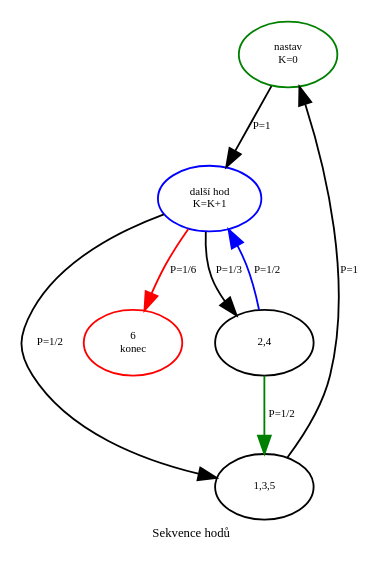
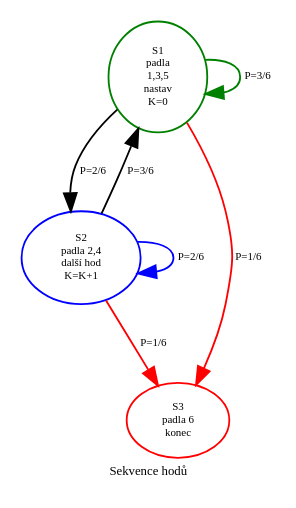
Before and after one commit to Pulpanj/s1_nahoda_chaos: the diagram in posts/p15_skalovani/sestka_po_sudych.dot, drawn with Graphviz. The commit also changed 10 other files, not shown here.

```diff
--- a/posts/p15_skalovani/sestka_po_sudych.dot
+++ b/posts/p15_skalovani/sestka_po_sudych.dot
@@ -1,20 +1,17 @@
 digraph blechy {
     rankdir = TB;
     fontsize=7;
     node [fontsize=6 size=3];
     edge [fontsize=6];
-    0[label="nastav\nK=0" color=green];
-    K[label="další hod\nK=K+1"color=blue];
-    1[label="1,3,5"];
-    6[label="6\nkonec" color=red];
-    2[label="2,4"];
+    1[label="S1\npadla\n1,3,5\nnastav\nK=0";color=green];
+    2[label="S2\npadla 2,4\ndalší hod\nK=K+1"color=blue];
+    6[label="S3\npadla 6\nkonec" color=red];
 
-    0  -> K[label="P=1"];
-    K  -> 6[label="P=1/6" color=red];
-    K->2[label="P=1/3"];
-    K  -> 1[label="P=1/2"];
-    1->0[label="P=1"];
-    2->K[label="P=1/2" color=blue];
-    2->1[label="P=1/2" color=green];
+    2->2[label="P=2/6" color=blue];
+    2  -> 6[label="P=1/6" color=red];
+    2  -> 1[label="P=3/6"];
+    1->1[label="P=3/6";color=green];
+    1->2[label="P=2/6"];
+    1->6[label="P=1/6" color=red];
     label = "Sekvence hodů";
 }
```
